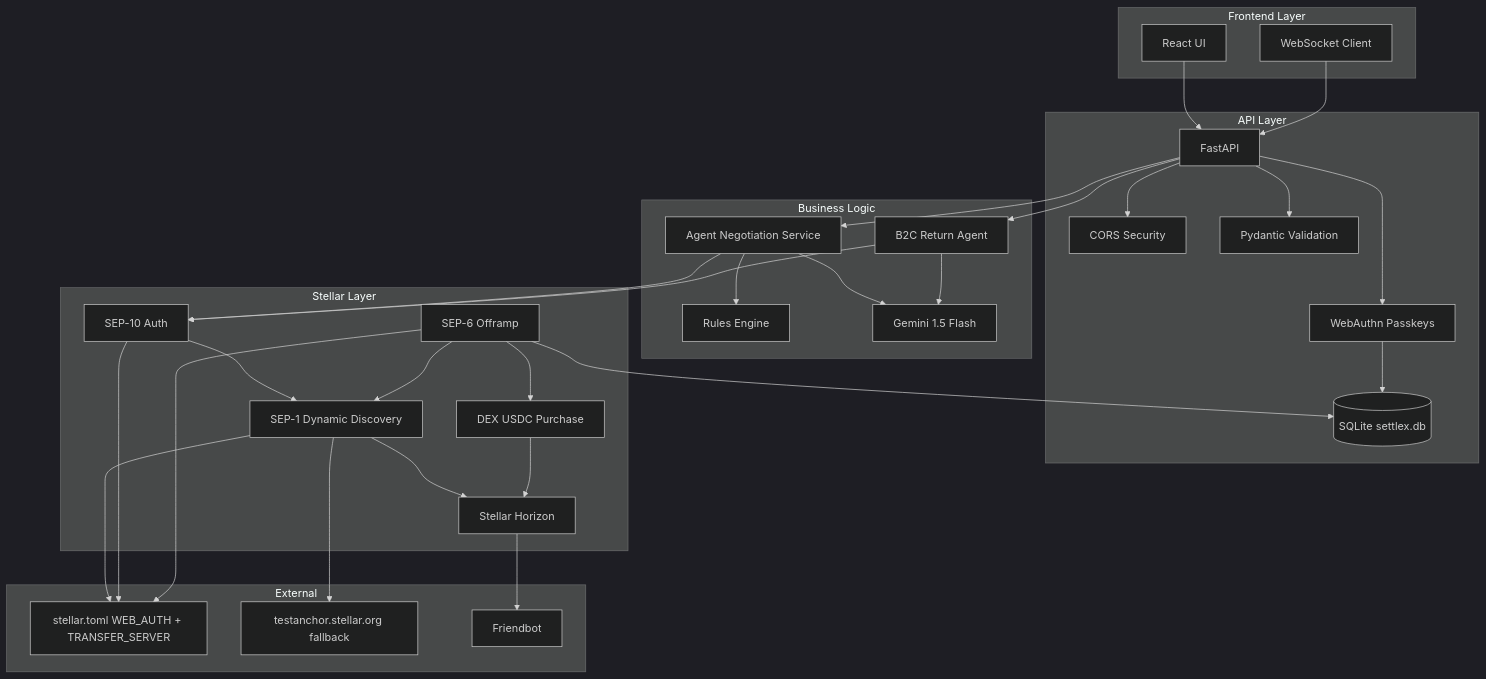
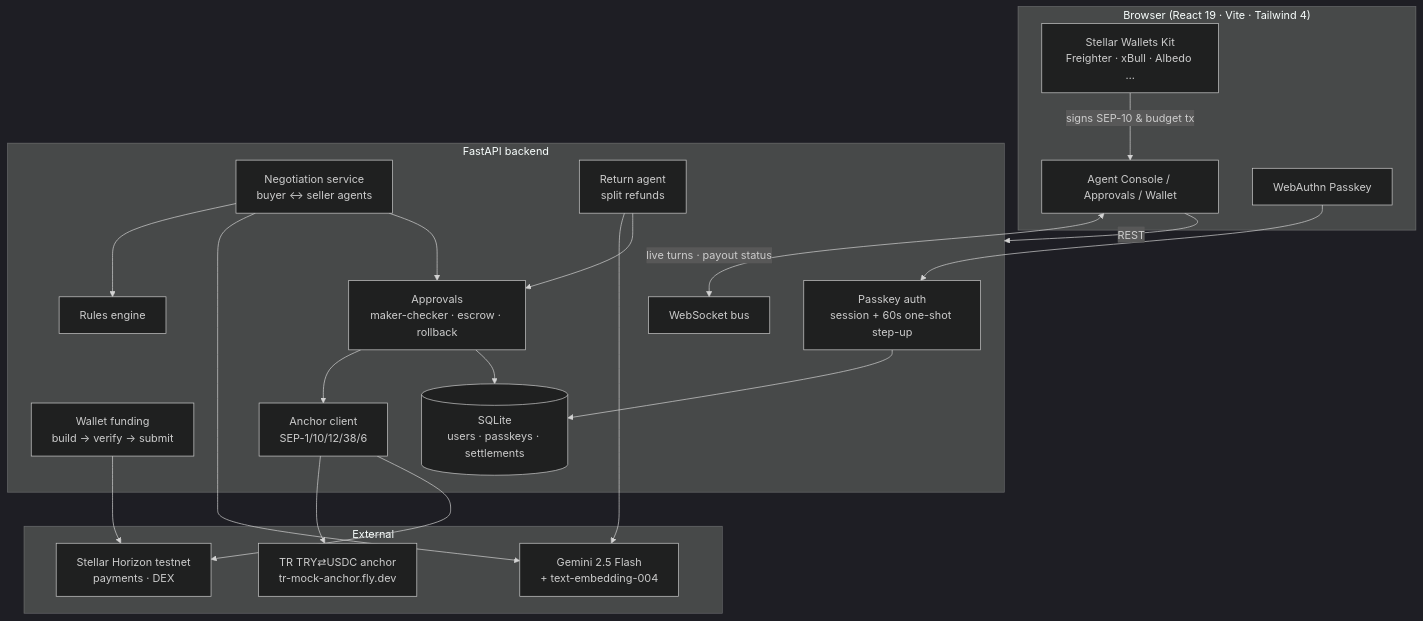
One commit to musa-ok/settlex-stellar-hackathon changed the first of 5 diagrams in README.md. Above: the diagram before and after it, drawn with Mermaid (dark theme). The commit also changed other lines of this file, not shown here.

````diff
--- a/README.md
+++ b/README.md
@@ -97,61 +144,42 @@
 ```mermaid
 graph TB
-    subgraph "Frontend Layer"
-        UI[React UI]
-        WS[WebSocket Client]
+    subgraph Browser["Browser (React 19 · Vite · Tailwind 4)"]
+        UI[Agent Console / Approvals / Wallet]
+        WK[Stellar Wallets Kit<br/>Freighter · xBull · Albedo …]
+        PK[WebAuthn Passkey]
     end
-    
-    subgraph "API Layer"
-        API[FastAPI]
-        CORS[CORS Security]
-        Validator[Pydantic Validation]
-        Passkeys[WebAuthn Passkeys]
-        DB[(SQLite settlex.db)]
+
+    subgraph API["FastAPI backend"]
+        AUTH[Passkey auth<br/>session + 60s one-shot step-up]
+        NEG[Negotiation service<br/>buyer ↔ seller agents]
+        RET[Return agent<br/>split refunds]
+        RULES[Rules engine]
+        APP[Approvals<br/>maker-checker · escrow · rollback]
+        WF[Wallet funding<br/>build → verify → submit]
+        ANC[Anchor client<br/>SEP-1/10/12/38/6]
+        DB[(SQLite<br/>users · passkeys · settlements)]
+        WS[WebSocket bus]
     end
-    
-    subgraph "Business Logic"
-        Negotiation[Agent Negotiation Service]
-        ReturnAgent[B2C Return Agent]
-        Rules[Rules Engine]
-        LLM[Gemini 1.5 Flash]
+
+    subgraph External
+        GEM[Gemini 2.5 Flash<br/>+ text-embedding-004]
+        HZ[Stellar Horizon testnet<br/>payments · DEX]
+        TRY[TR TRY⇄USDC anchor<br/>tr-mock-anchor.fly.dev]
     end
-    
-    subgraph "Stellar Layer"
-        SEP1[SEP-1 Dynamic Discovery]
-        SEP10[SEP-10 Auth]
-        SEP6[SEP-6 Offramp]
-        DEX[DEX USDC Purchase]
-        Horizon[Stellar Horizon]
-    end
-    
-    subgraph "External"
-        Toml[stellar.toml WEB_AUTH + TRANSFER_SERVER]
-        TestAnchor[testanchor.stellar.org fallback]
-        Friendbot[Friendbot]
-    end
-    
-    UI --> API
-    WS --> API
-    API --> CORS
-    API --> Validator
-    API --> Passkeys
-    Passkeys --> DB
-    API --> Negotiation
-    API --> ReturnAgent
-    Negotiation --> Rules
-    Negotiation --> LLM
-    ReturnAgent --> LLM
-    Negotiation --> SEP10
-    ReturnAgent --> SEP10
-    SEP10 --> SEP1
-    SEP6 --> SEP1
-    SEP1 --> Horizon
-    SEP1 --> Toml
-    SEP1 --> TestAnchor
-    SEP10 --> Toml
-    SEP6 --> Toml
-    DEX --> Horizon
-    Horizon --> Friendbot
-    SEP6 --> DEX
-    SEP6 --> DB
+
+    UI -- REST --> API
+    UI <-->|live turns · payout status| WS
+    PK --> AUTH
+    WK -- signs SEP-10 & budget tx --> UI
+    NEG --> RULES
+    NEG --> GEM
+    RET --> GEM
+    NEG --> APP
+    RET --> APP
+    APP --> ANC
+    ANC --> TRY
+    ANC --> HZ
+    WF --> HZ
+    APP --> DB
+    AUTH --> DB
 ```
````
